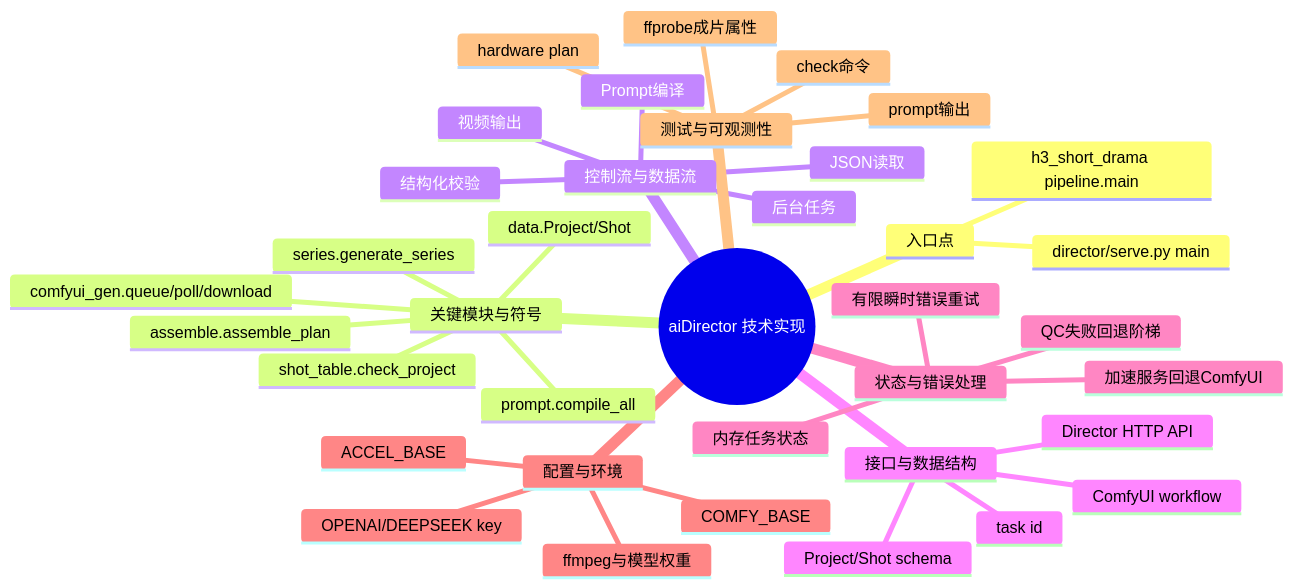
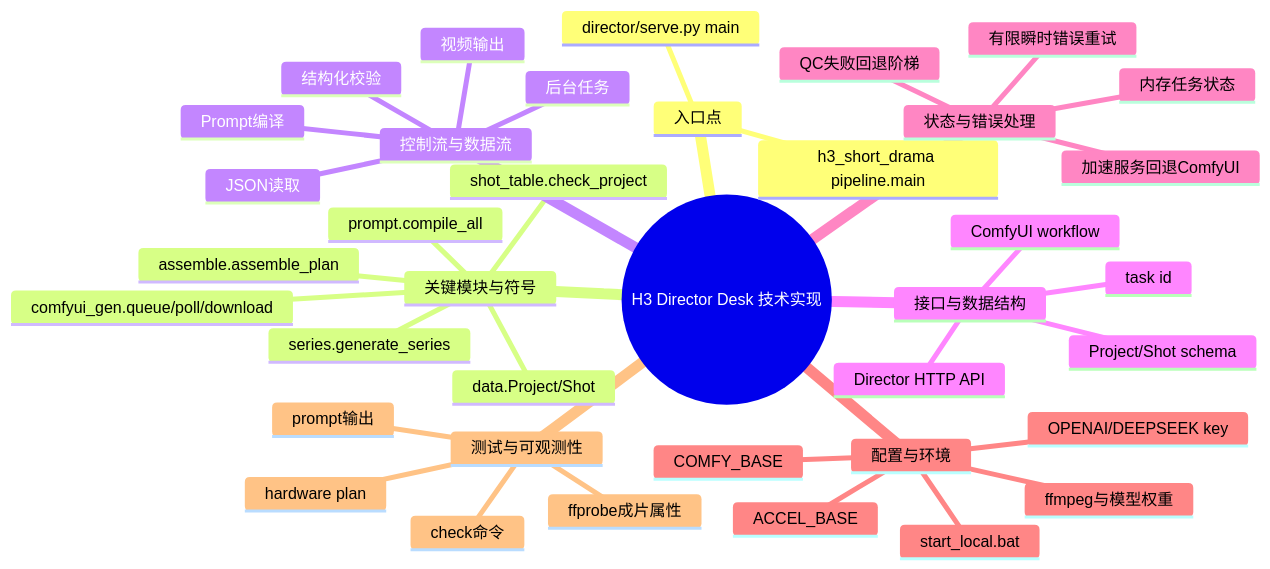
One commit to Exalex/h3-director-desk changed the diagram in docs/project-evolution/mindmaps/technical-implementation.md. Above: the diagram before and after it, drawn with Mermaid. The commit also changed 10 other files, not shown here.

````diff
--- a/docs/project-evolution/mindmaps/technical-implementation.md
+++ b/docs/project-evolution/mindmaps/technical-implementation.md
@@ -3,40 +3,41 @@
 ```mermaid
 mindmap
-  root((aiDirector 技术实现))
+  root((H3 Director Desk 技术实现))
     入口点
       director/serve.py main
       h3_short_drama pipeline.main
     关键模块与符号
       data.Project/Shot
       shot_table.check_project
       prompt.compile_all
       comfyui_gen.queue/poll/download
       series.generate_series
       assemble.assemble_plan
     控制流与数据流
       JSON读取
       结构化校验
       Prompt编译
       后台任务
       视频输出
     接口与数据结构
       Director HTTP API
       Project/Shot schema
       ComfyUI workflow
       task id
     状态与错误处理
       内存任务状态
       有限瞬时错误重试
       加速服务回退ComfyUI
       QC失败回退阶梯
     配置与环境
       COMFY_BASE
       ACCEL_BASE
       OPENAI/DEEPSEEK key
       ffmpeg与模型权重
+      start_local.bat
     测试与可观测性
       check命令
       hardware plan
       prompt输出
       ffprobe成片属性
 ```
````
